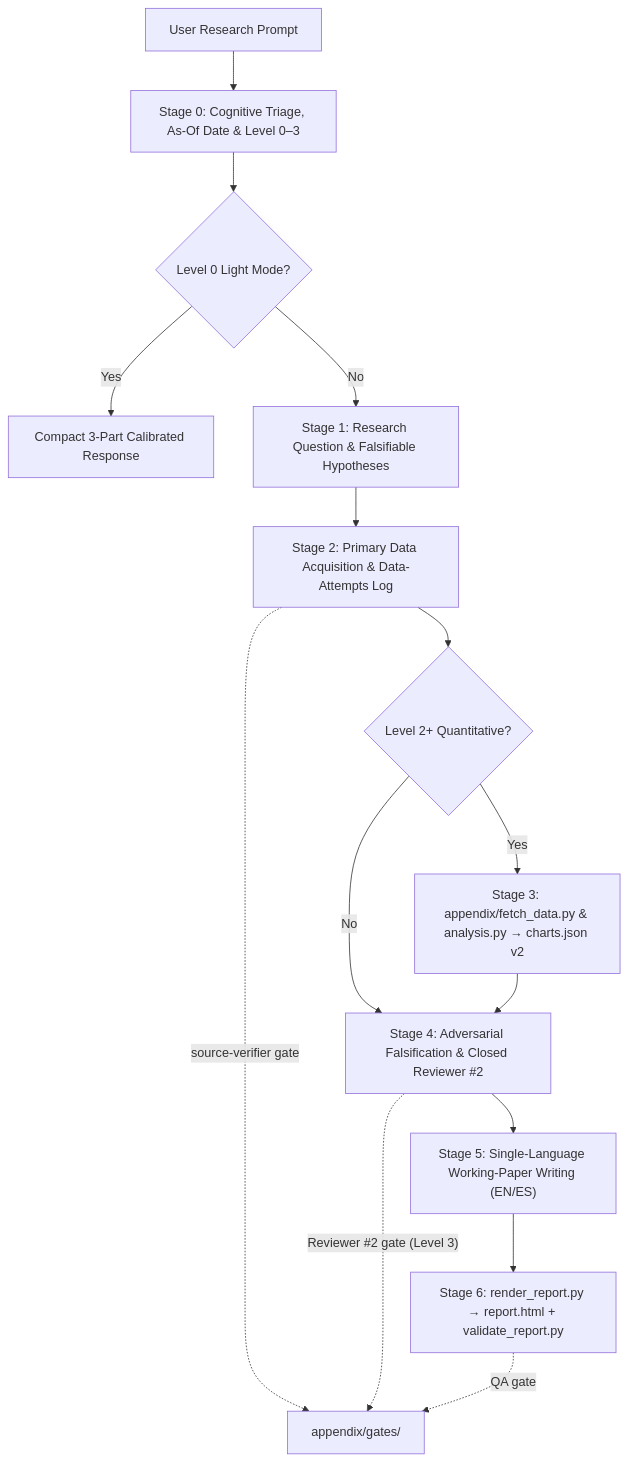
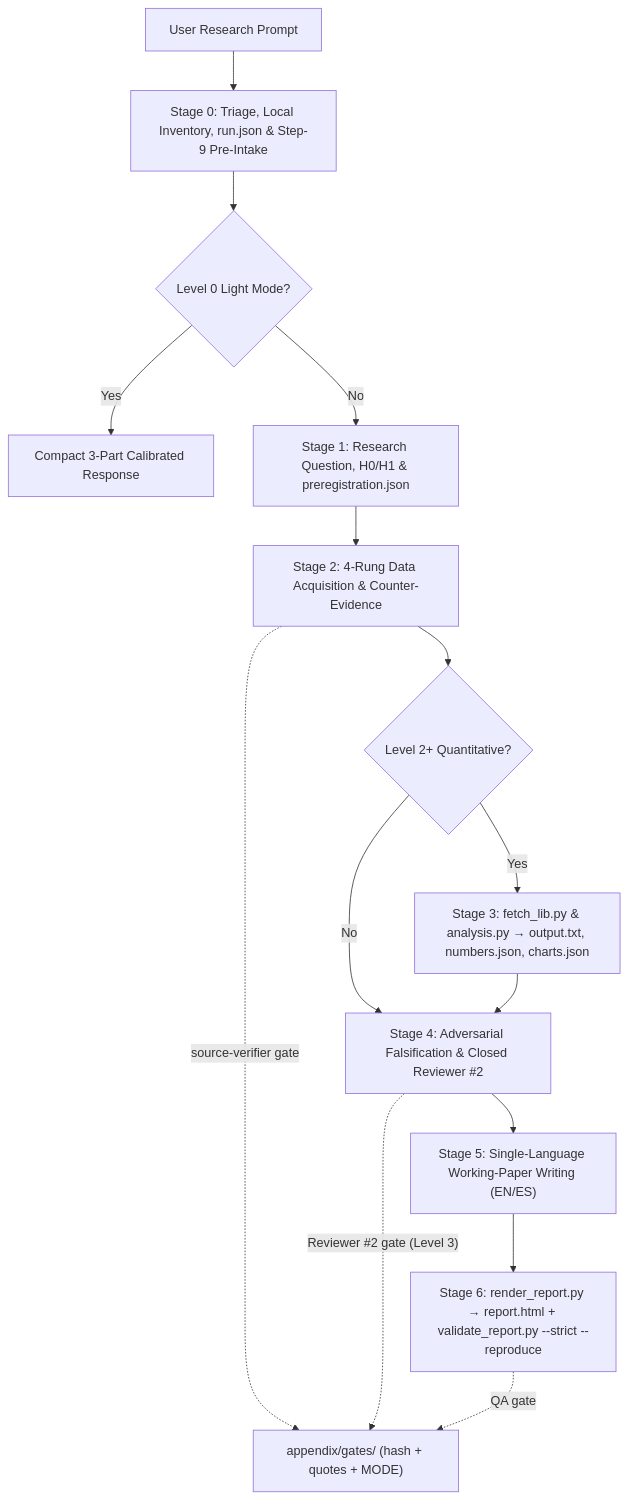
The diagram in README.md (777aeterna/heurisma), drawn with Mermaid before and after one commit. The commit also changed other lines of this file and 53 other files, not shown here.

Commit message:
feat(v0.7.0): epistemic linter, artifact-bound gates, pre-intake, and 19/19 mutation detection

````diff
--- a/README.md
+++ b/README.md
@@ -44,17 +47,17 @@
 ```mermaid
 flowchart TD
-    U["User Research Prompt"] --> S0["Stage 0: Cognitive Triage, As-Of Date & Level 0–3"]
+    U["User Research Prompt"] --> S0["Stage 0: Triage, Local Inventory, run.json & Step-9 Pre-Intake"]
     S0 --> L0{"Level 0 Light Mode?"}
     L0 -- Yes --> FAST["Compact 3-Part Calibrated Response"]
-    L0 -- No --> S1["Stage 1: Research Question & Falsifiable Hypotheses"]
-    S1 --> S2["Stage 2: Primary Data Acquisition & Data-Attempts Log"]
+    L0 -- No --> S1["Stage 1: Research Question, H0/H1 & preregistration.json"]
+    S1 --> S2["Stage 2: 4-Rung Data Acquisition & Counter-Evidence"]
     S2 --> D{"Level 2+ Quantitative?"}
-    D -- Yes --> S3["Stage 3: appendix/fetch_data.py & analysis.py → charts.json v2"]
+    D -- Yes --> S3["Stage 3: fetch_lib.py & analysis.py → output.txt, numbers.json, charts.json"]
     D -- No --> S4["Stage 4: Adversarial Falsification & Closed Reviewer #2"]
     S3 --> S4
     S4 --> S5["Stage 5: Single-Language Working-Paper Writing (EN/ES)"]
-    S5 --> S6["Stage 6: render_report.py → report.html + validate_report.py"]
-    S2 -. "source-verifier gate" .-> G["appendix/gates/"]
+    S5 --> S6["Stage 6: render_report.py → report.html + validate_report.py --strict --reproduce"]
+    S2 -. "source-verifier gate" .-> G["appendix/gates/ (hash + quotes + MODE)"]
     S4 -. "Reviewer #2 gate (Level 3)" .-> G
     S6 -. "QA gate" .-> G
 ```
````
